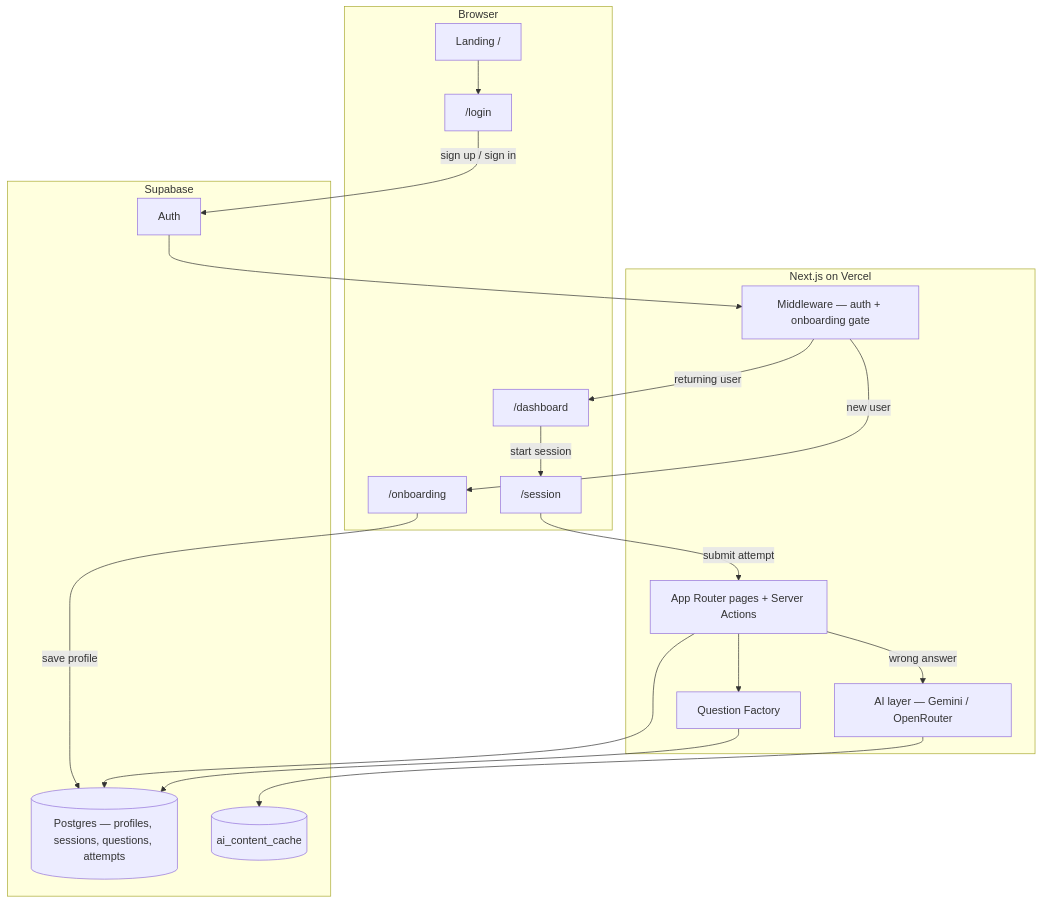
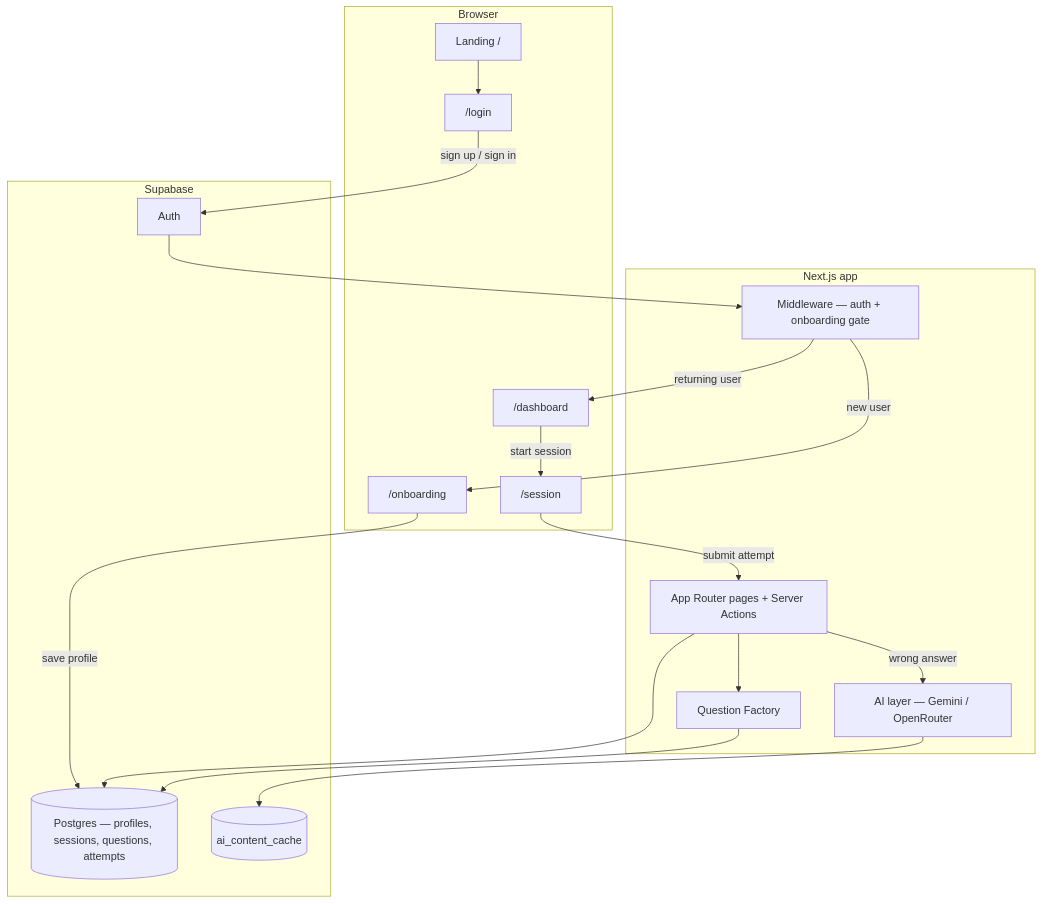
One commit to RehanMohammed985/1600-modern-SAT-prep changed the first of 2 diagrams in README.md. Above: the diagram before and after it, drawn with Mermaid. The commit also changed other lines of this file, not shown here.

````diff
--- a/README.md
+++ b/README.md
@@ -7,37 +17,37 @@
 ```mermaid
 flowchart TB
   subgraph client [Browser]
     LP["Landing /"]
     Login["/login"]
     OB["/onboarding"]
     DB["/dashboard"]
     SE["/session"]
   end
 
-  subgraph edge [Next.js on Vercel]
+  subgraph edge [Next.js app]
     MW["Middleware — auth + onboarding gate"]
     RSC["App Router pages + Server Actions"]
     AI["AI layer — Gemini / OpenRouter"]
     QF[Question Factory]
   end
 
   subgraph data [Supabase]
     Auth[Auth]
     PG[(Postgres — profiles, sessions, questions, attempts)]
     Cache[(ai_content_cache)]
   end
 
   LP --> Login
   Login -->|sign up / sign in| Auth
   Auth --> MW
   MW -->|new user| OB
   MW -->|returning user| DB
   OB -->|save profile| PG
   DB -->|start session| SE
   SE -->|submit attempt| RSC
   RSC --> PG
   RSC -->|wrong answer| AI
   AI --> Cache
   QF --> PG
   RSC --> QF
 ```
````
